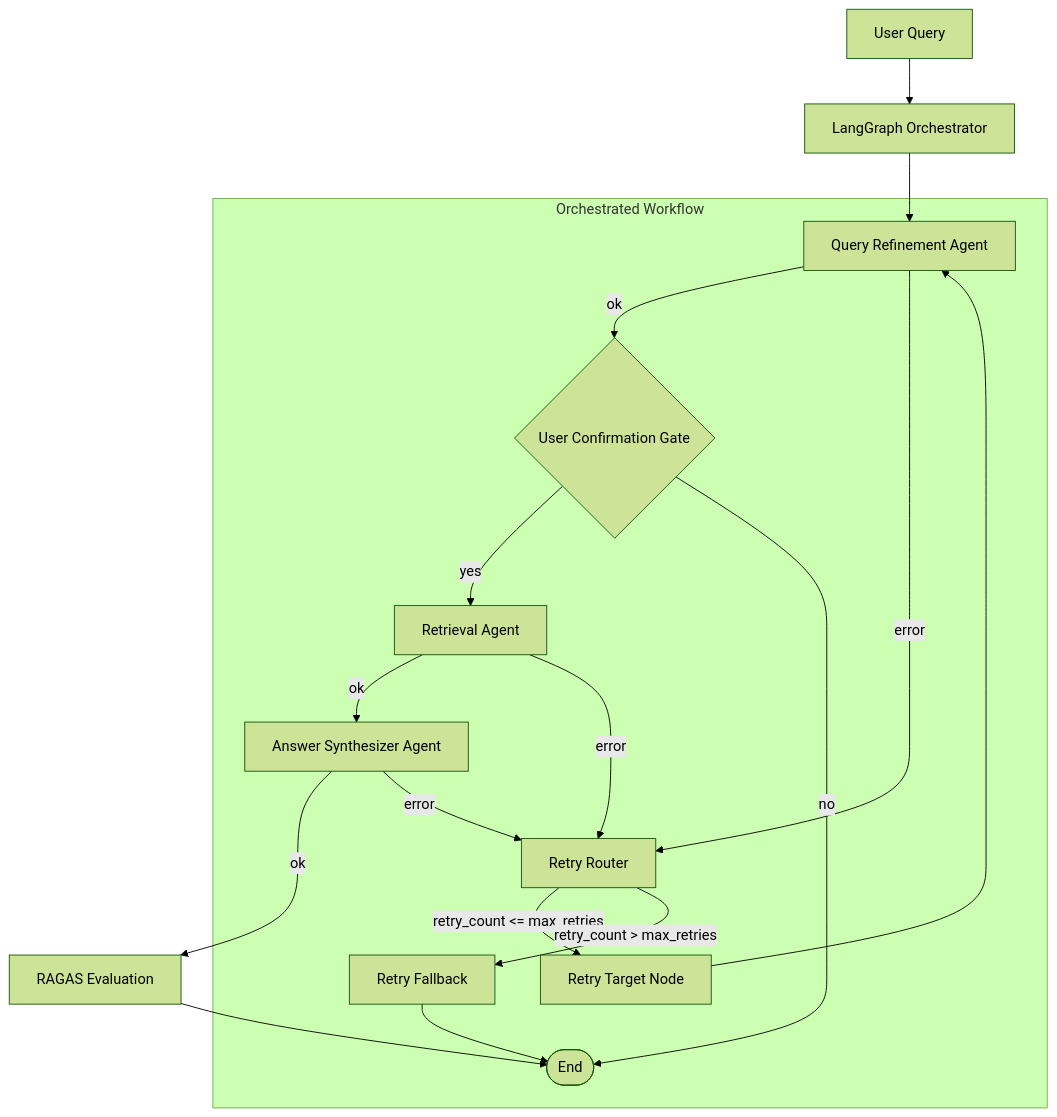
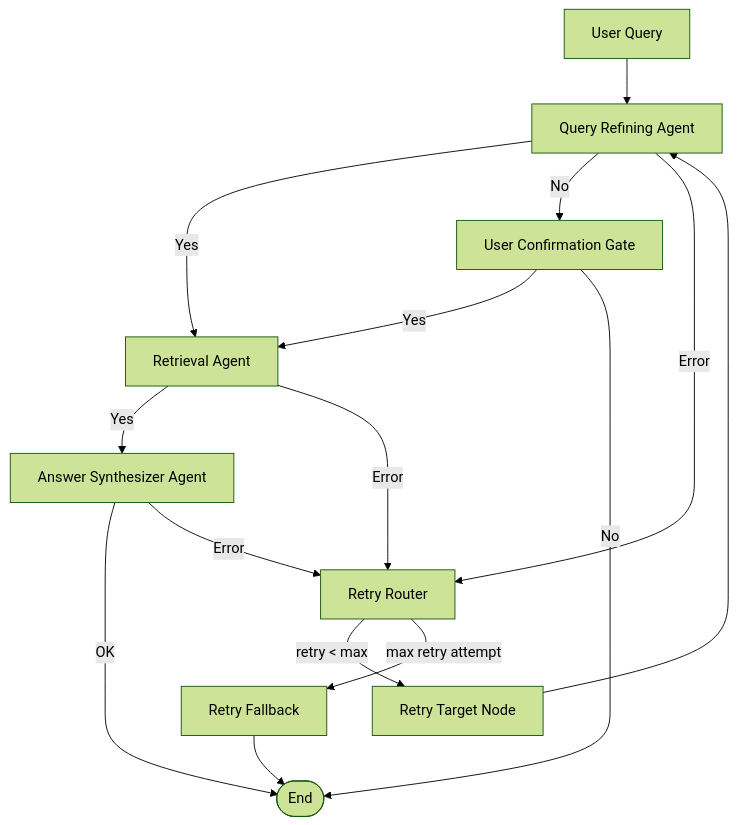
One commit to Balaji-Balasubramaniam/Agentic-RAG-Application changed the diagram in ARCHITECTURE.md. Above: the diagram before and after it, drawn with Mermaid (forest theme). The commit also changed other lines of this file, not shown here.

Commit message:
version-1

````diff
--- a/ARCHITECTURE.md
+++ b/ARCHITECTURE.md
@@ -5,34 +5,21 @@
 ```mermaid
 flowchart TD
-  UQ[User Query] --> ORCH[LangGraph Orchestrator]
+  UQ[User Query] --> QR[Query Refining Agent]
 
-  subgraph WF[Orchestrated Workflow]
-    QR[Query Refinement Agent]
-    CG{User Confirmation Gate}
-    RA[Retrieval Agent]
-    AS[Answer Synthesizer Agent]
-    RR[Retry Router]
-    RT[Retry Target Node]
-    RF[Retry Fallback]
-    END([End])
-  end
+  QR -->|Yes| RA[Retrieval Agent]
+  QR -->|No| UCG[User Confirmation Gate]
+  UCG -->|Yes| RA
+  UCG -->|No| END([End])
 
-  ORCH --> QR
-  QR -->|ok| CG
-  QR -->|error| RR
+  RA -->|Yes| ASA[Answer Synthesizer Agent]
+  ASA -->|OK| END
 
-  CG -->|yes| RA
-  CG -->|no| END
+  QR -->|Error| RR[Retry Router]
+  RA -->|Error| RR
+  ASA -->|Error| RR
 
-  RA -->|ok| AS
-  RA -->|error| RR
-
-  AS -->|ok| RAGAS[RAGAS Evaluation]
-  AS -->|error| RR
-  RAGAS --> END
-
-  RR -->|retry_count <= max_retries| RT
-  RT --> QR
-  RR -->|retry_count > max_retries| RF
+  RR -->|retry < max| RTN[Retry Target Node]
+  RTN --> QR
+  RR -->|max retry attempt| RF[Retry Fallback]
   RF --> END
 ```
````
